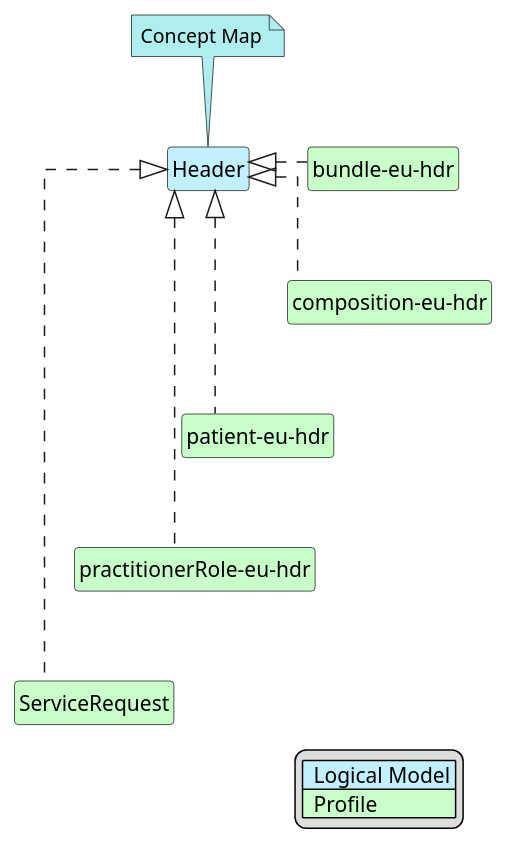
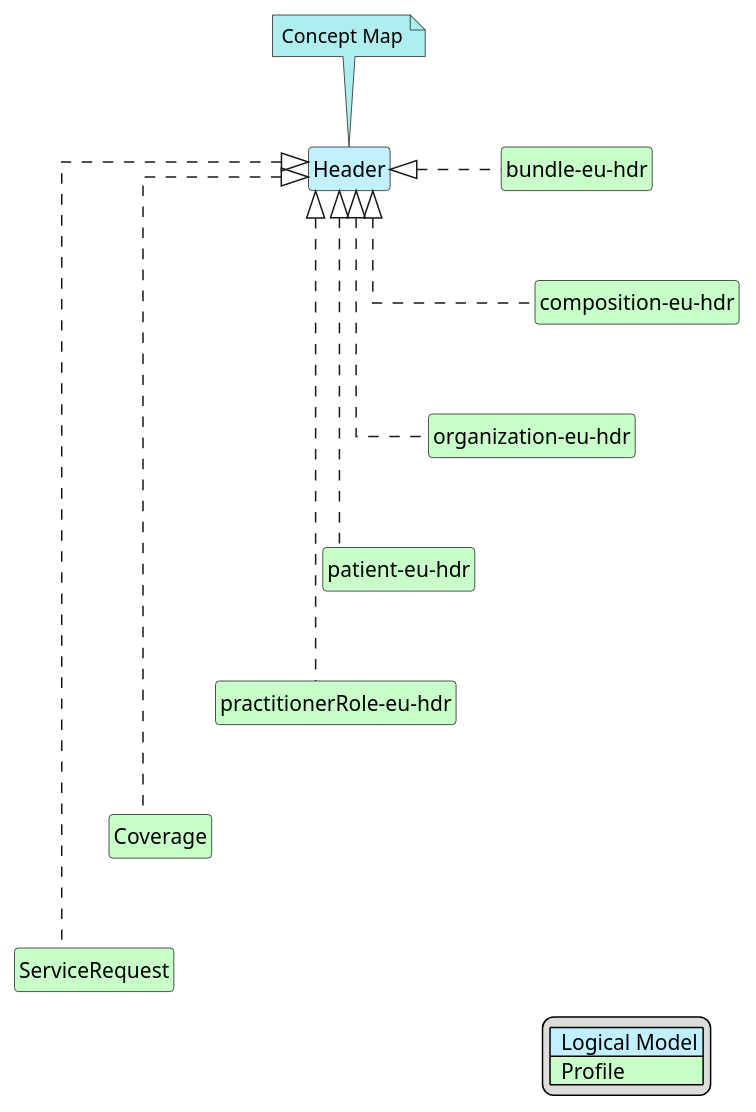
The diagram in input/images-source/Header-map.plantuml (hl7-eu/hdr), drawn with PlantUML before and after one commit. The commit also changed 13 other files, not shown here.

```diff
--- a/input/images-source/Header-map.plantuml
+++ b/input/images-source/Header-map.plantuml
@@ -1,33 +1,39 @@
 @startuml
 hide circle
 hide stereotype
 hide members
 hide methods
 skinparam linetype ortho
 skinparam class {
 BackgroundColor<<LogicalModel>> #APPLICATION
 BackgroundColor<<Profile>> #TECHNOLOGY
 }
 legend right
 | <#APPLICATION>  Logical Model |
 | <#TECHNOLOGY>  Profile |
 endlegend
 class "Header" <<LogicalModel>> [[StructureDefinition-Header.html]]
 note top #PaleTurquoise [[ConceptMap-hdrHeader2FHIR-eu-hdr.html]]
 Concept Map
 endnote
 class "bundle-eu-hdr" <<Profile>> [[StructureDefinition-bundle-eu-hdr.html]]
 "Header" <|. "bundle-eu-hdr"
 class "composition-eu-hdr" <<Profile>> [[StructureDefinition-composition-eu-hdr.html]]
 "Header" <|. "composition-eu-hdr"
 "bundle-eu-hdr" -d[hidden]-> "composition-eu-hdr"
+class "organization-eu-hdr" <<Profile>> [[StructureDefinition-organization-eu-hdr.html]]
+"Header" <|. "organization-eu-hdr"
+"composition-eu-hdr" -d[hidden]-> "organization-eu-hdr"
 class "patient-eu-hdr" <<Profile>> [[StructureDefinition-patient-eu-hdr.html]]
 "Header" <|. "patient-eu-hdr"
-"composition-eu-hdr" -d[hidden]-> "patient-eu-hdr"
+"organization-eu-hdr" -d[hidden]-> "patient-eu-hdr"
 class "practitionerRole-eu-hdr" <<Profile>> [[StructureDefinition-practitionerRole-eu-hdr.html]]
 "Header" <|. "practitionerRole-eu-hdr"
 "patient-eu-hdr" -d[hidden]-> "practitionerRole-eu-hdr"
+class "Coverage" <<Profile>> [[http://hl7.org/fhir/StructureDefinition/Coverage]]
+"Header" <|. "Coverage"
+"practitionerRole-eu-hdr" -d[hidden]-> "Coverage"
 class "ServiceRequest" <<Profile>> [[http://hl7.org/fhir/StructureDefinition/ServiceRequest]]
 "Header" <|. "ServiceRequest"
-"practitionerRole-eu-hdr" -d[hidden]-> "ServiceRequest"
+"Coverage" -d[hidden]-> "ServiceRequest"
 @enduml
```
